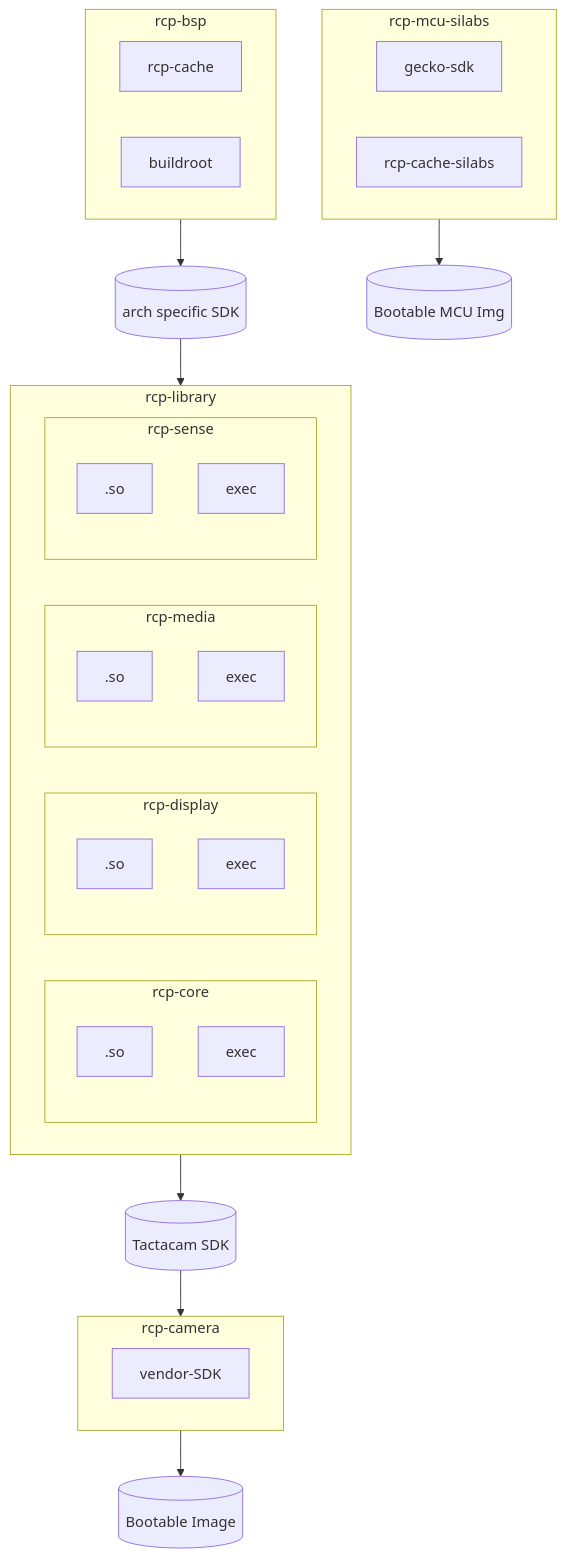
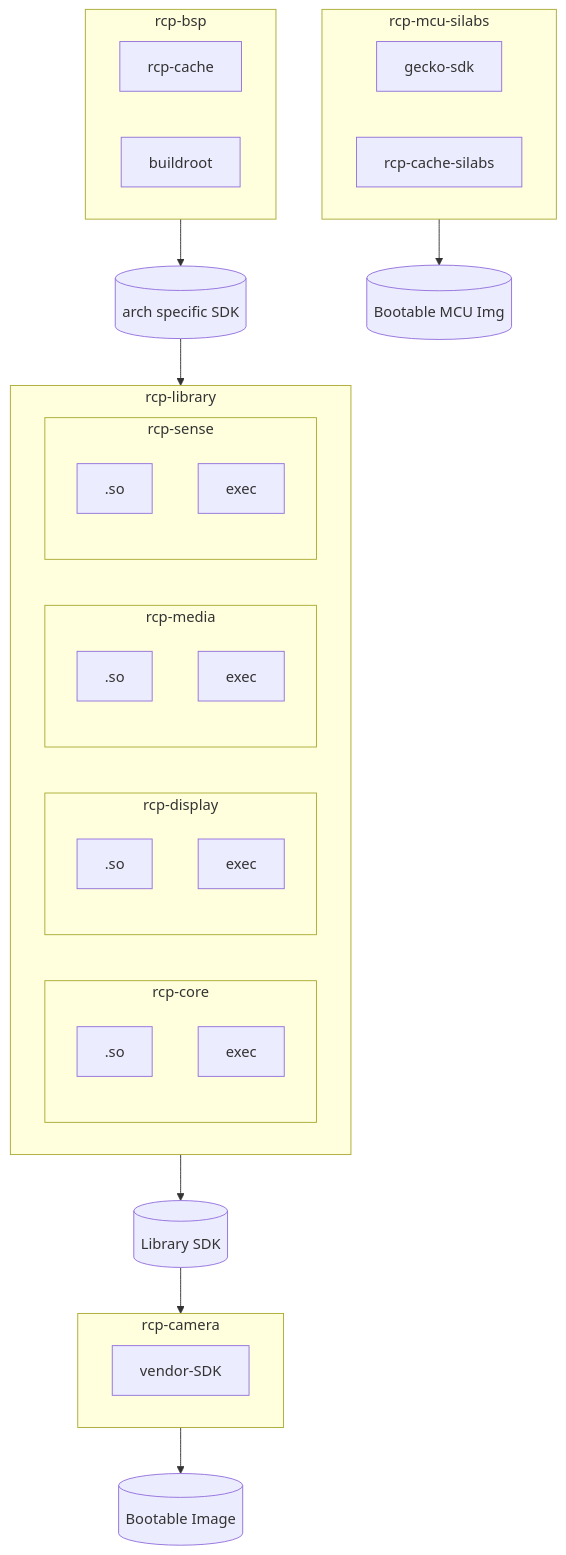
One commit to tactacam-ryanmoe/markdown-test changed the third of 3 diagrams in README.md. Above: the diagram before and after it, drawn with Mermaid.

````diff
--- a/README.md
+++ b/README.md
@@ -103,54 +103,54 @@
 ```mermaid
 flowchart TB
 
     %% ----- Objects -----
     subgraph rcp-bsp
         rcp-cache
         buildroot
     end
     
     SDK[(arch specific SDK)]
     
     subgraph rcp-library
         subgraph rcp-core
             coreso[.so]
             coreexe[exec]
         end
         subgraph rcp-display
             displayso[.so]
             displayexe[exec]
         end
         subgraph rcp-media
             mediaso[.so]
             mediaexe[exec]
         end
         subgraph rcp-sense
             senseso[.so]
             senseexe[exec]
         end
     end
     
-    TACTACAMSDK[(Tactacam SDK)]
+    TACTACAMSDK[(Library SDK)]
     
     subgraph rcp-camera
         vendor-SDK
     end
 
     BOOTABLE[(Bootable Image)]
 
     subgraph rcp-mcu-silabs
         gecko-sdk
         rcp-cache-silabs
     end
 
     MCUIMG[(Bootable MCU Img)]
 
     %% ----- Lines -----
     rcp-bsp --> SDK
     SDK --> rcp-library
     rcp-library --> TACTACAMSDK
     TACTACAMSDK --> rcp-camera
     rcp-camera --> BOOTABLE
     rcp-mcu-silabs --> MCUIMG
     
 ```
````
